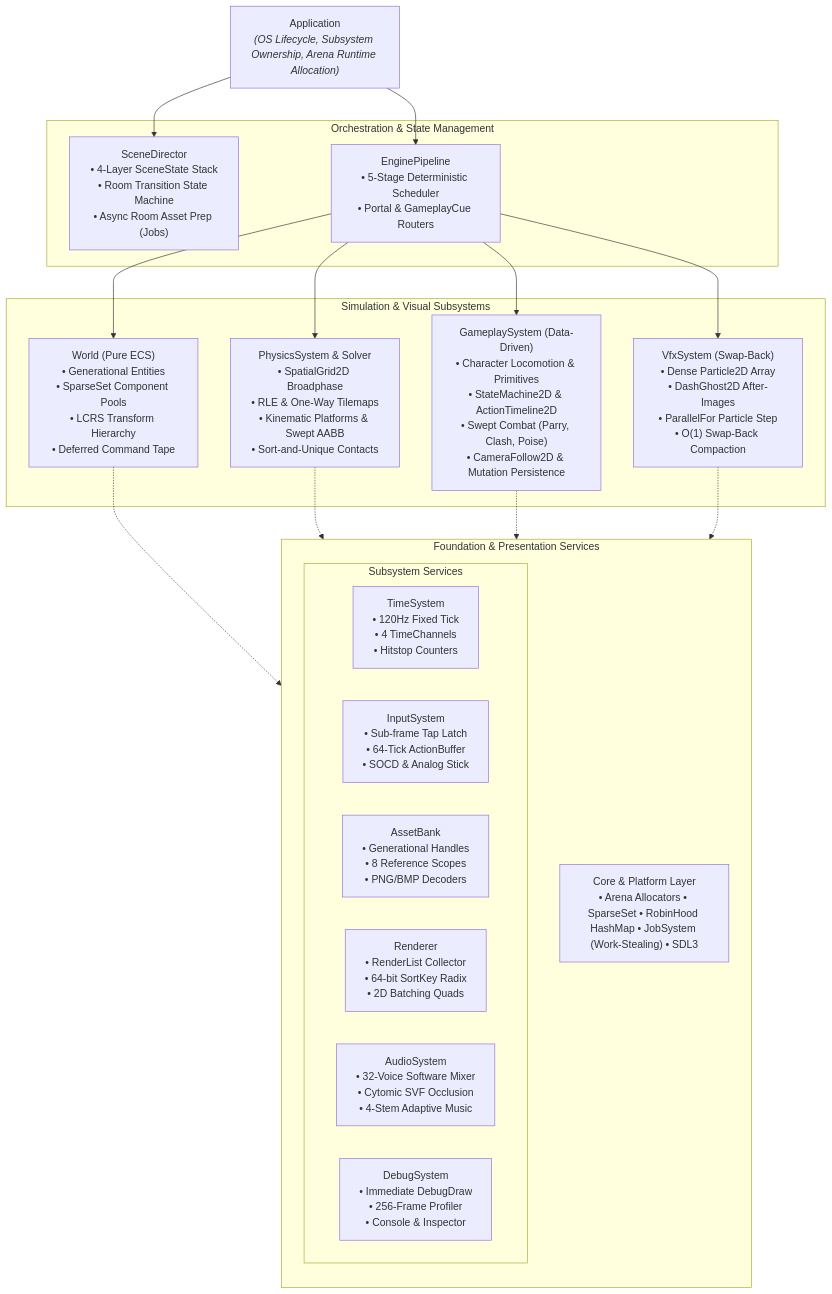
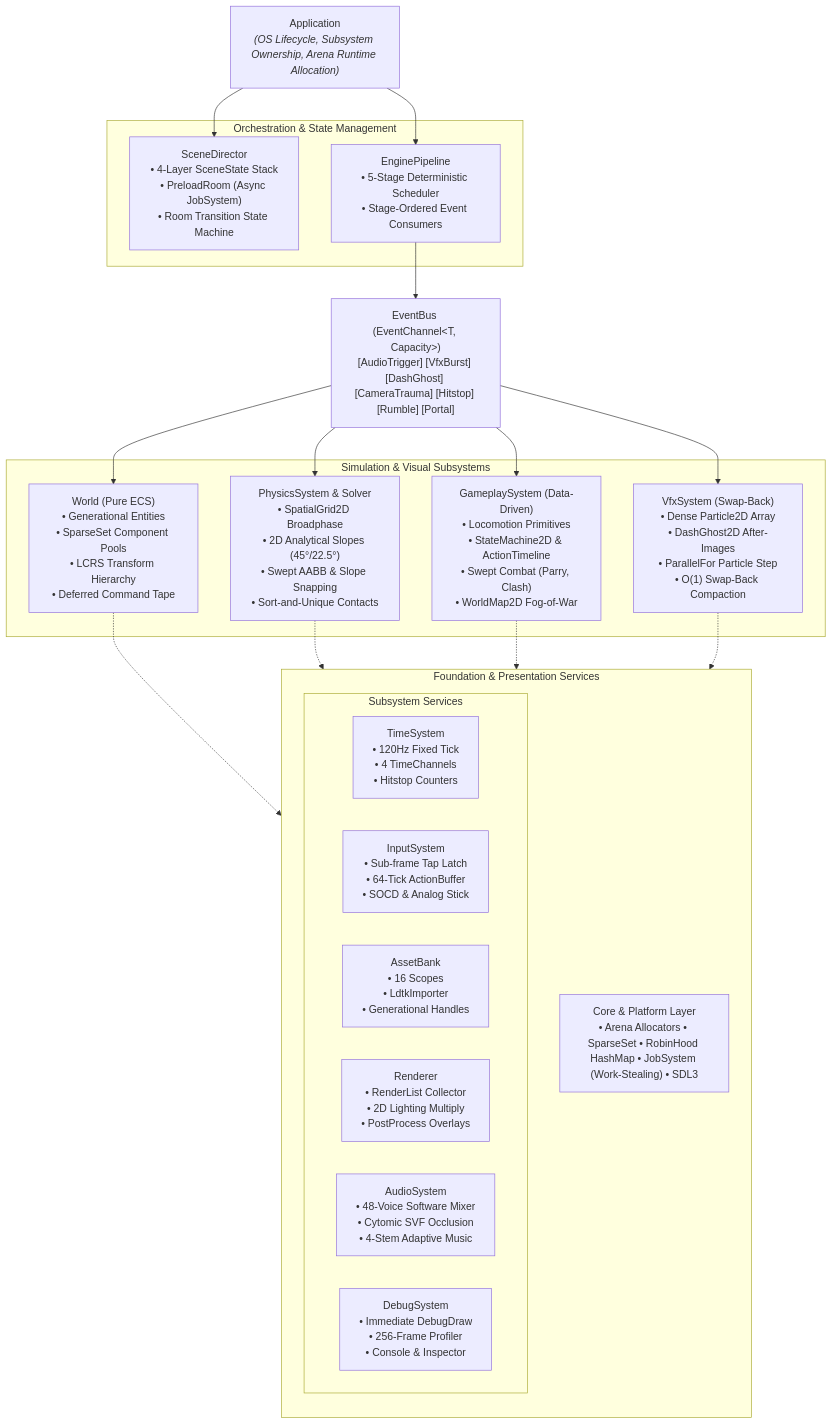
The first of 2 diagrams in docs/Engine_Architecture.md (nmnguyen130/EngineN), drawn with Mermaid before and after one commit. The commit also changed other lines of this file and 29 other files, not shown here.

Commit message:
refactor: architecture md

````diff
--- a/docs/Engine_Architecture.md
+++ b/docs/Engine_Architecture.md
@@ -16,42 +17,45 @@
 ```mermaid
 flowchart TD
     App["Application<br/><i>(OS Lifecycle, Subsystem Ownership, Arena Runtime Allocation)</i>"]
 
     subgraph Orchestration ["Orchestration & State Management"]
-        SceneDir["SceneDirector<br/>• 4-Layer SceneState Stack<br/>• Room Transition State Machine<br/>• Async Room Asset Prep (Jobs)"]
-        Pipeline["EnginePipeline<br/>• 5-Stage Deterministic Scheduler<br/>• Portal & GameplayCue Routers"]
+        SceneDir["SceneDirector<br/>• 4-Layer SceneState Stack<br/>• PreloadRoom (Async JobSystem)<br/>• Room Transition State Machine"]
+        Pipeline["EnginePipeline<br/>• 5-Stage Deterministic Scheduler<br/>• Stage-Ordered Event Consumers"]
     end
 
     App --> SceneDir
     App --> Pipeline
 
+    EventBusNode["EventBus (EventChannel&lt;T, Capacity&gt;)<br/>[AudioTrigger] [VfxBurst] [DashGhost] [CameraTrauma] [Hitstop] [Rumble] [Portal]"]
+    Pipeline --> EventBusNode
+
     subgraph SimulationSubsystems ["Simulation & Visual Subsystems"]
         WorldNode["World (Pure ECS)<br/>• Generational Entities<br/>• SparseSet Component Pools<br/>• LCRS Transform Hierarchy<br/>• Deferred Command Tape"]
-        PhysicsNode["PhysicsSystem & Solver<br/>• SpatialGrid2D Broadphase<br/>• RLE & One-Way Tilemaps<br/>• Kinematic Platforms & Swept AABB<br/>• Sort-and-Unique Contacts"]
-        GameplayNode["GameplaySystem (Data-Driven)<br/>• Character Locomotion & Primitives<br/>• StateMachine2D & ActionTimeline2D<br/>• Swept Combat (Parry, Clash, Poise)<br/>• CameraFollow2D & Mutation Persistence"]
+        PhysicsNode["PhysicsSystem & Solver<br/>• SpatialGrid2D Broadphase<br/>• 2D Analytical Slopes (45°/22.5°)<br/>• Swept AABB & Slope Snapping<br/>• Sort-and-Unique Contacts"]
+        GameplayNode["GameplaySystem (Data-Driven)<br/>• Locomotion Primitives<br/>• StateMachine2D & ActionTimeline<br/>• Swept Combat (Parry, Clash)<br/>• WorldMap2D Fog-of-War"]
         VfxNode["VfxSystem (Swap-Back)<br/>• Dense Particle2D Array<br/>• DashGhost2D After-Images<br/>• ParallelFor Particle Step<br/>• O(1) Swap-Back Compaction"]
     end
 
-    Pipeline --> WorldNode
-    Pipeline --> PhysicsNode
-    Pipeline --> GameplayNode
-    Pipeline --> VfxNode
+    EventBusNode --> WorldNode
+    EventBusNode --> PhysicsNode
+    EventBusNode --> GameplayNode
+    EventBusNode --> VfxNode
 
     subgraph FoundationServices ["Foundation & Presentation Services"]
         direction TB
         subgraph ServicesGrid ["Subsystem Services"]
             TimeSys["TimeSystem<br/>• 120Hz Fixed Tick<br/>• 4 TimeChannels<br/>• Hitstop Counters"]
             InputSys["InputSystem<br/>• Sub-frame Tap Latch<br/>• 64-Tick ActionBuffer<br/>• SOCD & Analog Stick"]
-            AssetBank["AssetBank<br/>• Generational Handles<br/>• 8 Reference Scopes<br/>• PNG/BMP Decoders"]
-            RendererNode["Renderer<br/>• RenderList Collector<br/>• 64-bit SortKey Radix<br/>• 2D Batching Quads"]
-            AudioSys["AudioSystem<br/>• 32-Voice Software Mixer<br/>• Cytomic SVF Occlusion<br/>• 4-Stem Adaptive Music"]
+            AssetBank["AssetBank<br/>• 16 Scopes<br/>• LdtkImporter<br/>• Generational Handles"]
+            RendererNode["Renderer<br/>• RenderList Collector<br/>• 2D Lighting Multiply<br/>• PostProcess Overlays"]
+            AudioSys["AudioSystem<br/>• 48-Voice Software Mixer<br/>• Cytomic SVF Occlusion<br/>• 4-Stem Adaptive Music"]
             DebugSys["DebugSystem<br/>• Immediate DebugDraw<br/>• 256-Frame Profiler<br/>• Console & Inspector"]
         end
         CorePlatform["Core & Platform Layer<br/>• Arena Allocators • SparseSet • RobinHood HashMap • JobSystem (Work-Stealing) • SDL3"]
     end
 
     WorldNode -.-> FoundationServices
     PhysicsNode -.-> FoundationServices
     GameplayNode -.-> FoundationServices
     VfxNode -.-> FoundationServices
 ```
````
